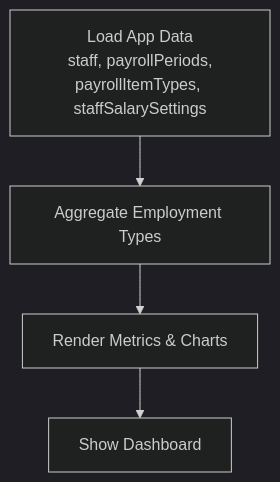
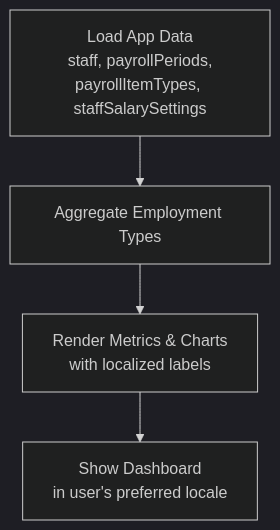
One commit to geniusdynamics/schoolpilot changed diagram 12 of 12 in .qoder/repowiki/en/content/Modules System/HR Module.md. Above: the diagram before and after it, drawn with Mermaid (dark theme). The commit also changed other lines of this file and 16 other files, not shown here.

````diff
--- a/.qoder/repowiki/en/content/Modules System/HR Module.md
+++ b/.qoder/repowiki/en/content/Modules System/HR Module.md
@@ -438,8 +523,8 @@
 ```mermaid
 flowchart TD
 Load["Load App Data<br/>staff, payrollPeriods,<br/>payrollItemTypes, staffSalarySettings"]
 Count["Aggregate Employment Types"]
-Metrics["Render Metrics & Charts"]
-Display["Show Dashboard"]
+Metrics["Render Metrics & Charts<br/>with localized labels"]
+Display["Show Dashboard<br/>in user's preferred locale"]
 Load --> Count --> Metrics --> Display
 ```
````
